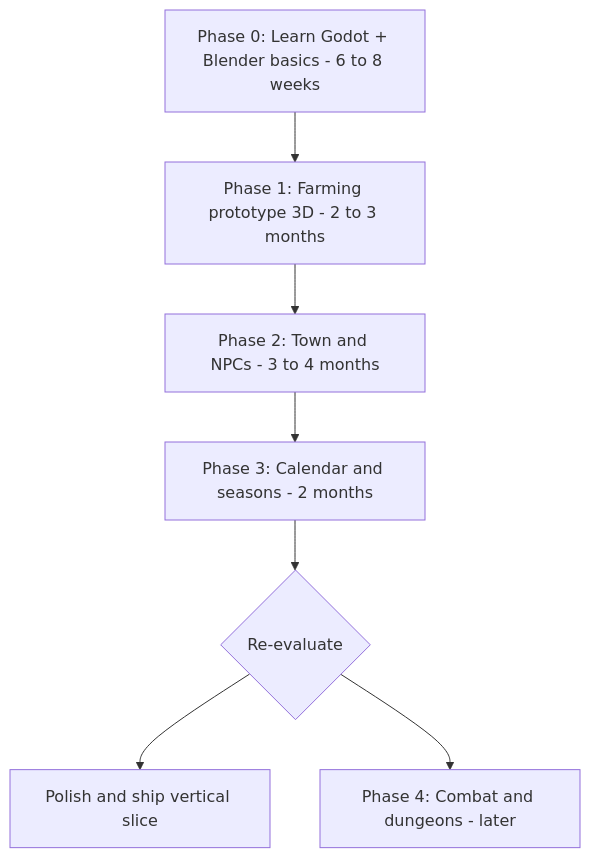
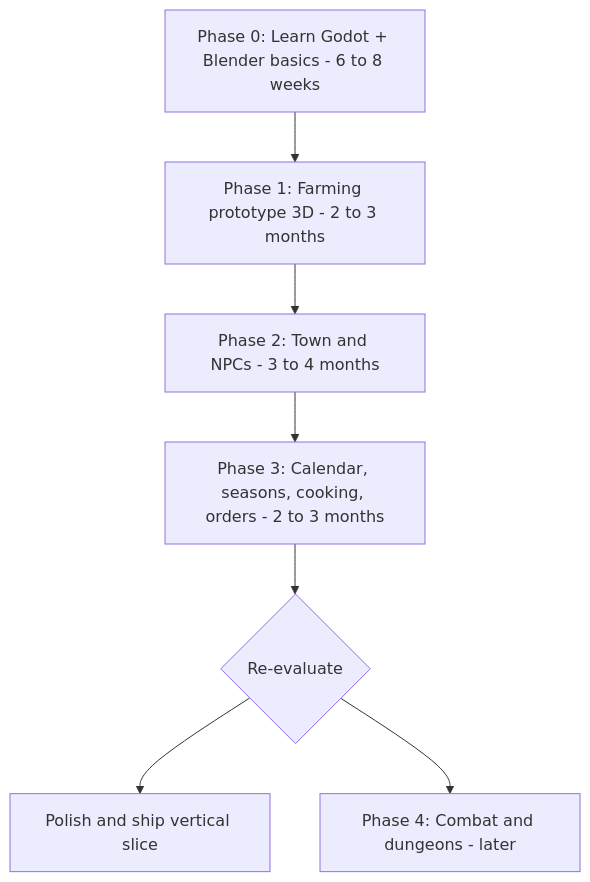
The second of 4 diagrams in docs/plan.md (veloraine/greenrune), drawn with Mermaid before and after one commit. The commit also changed other lines of this file and 18 other files, not shown here.

````diff
--- a/docs/plan.md
+++ b/docs/plan.md
@@ -142,9 +169,9 @@
 ```mermaid
 flowchart TD
     P0[Phase 0: Learn Godot + Blender basics - 6 to 8 weeks] --> P1[Phase 1: Farming prototype 3D - 2 to 3 months]
     P1 --> P2[Phase 2: Town and NPCs - 3 to 4 months]
-    P2 --> P3[Phase 3: Calendar and seasons - 2 months]
+    P2 --> P3[Phase 3: Calendar, seasons, cooking, orders - 2 to 3 months]
     P3 --> Decide{Re-evaluate}
     Decide --> Polish[Polish and ship vertical slice]
     Decide --> Combat[Phase 4: Combat and dungeons - later]
 ```
````
